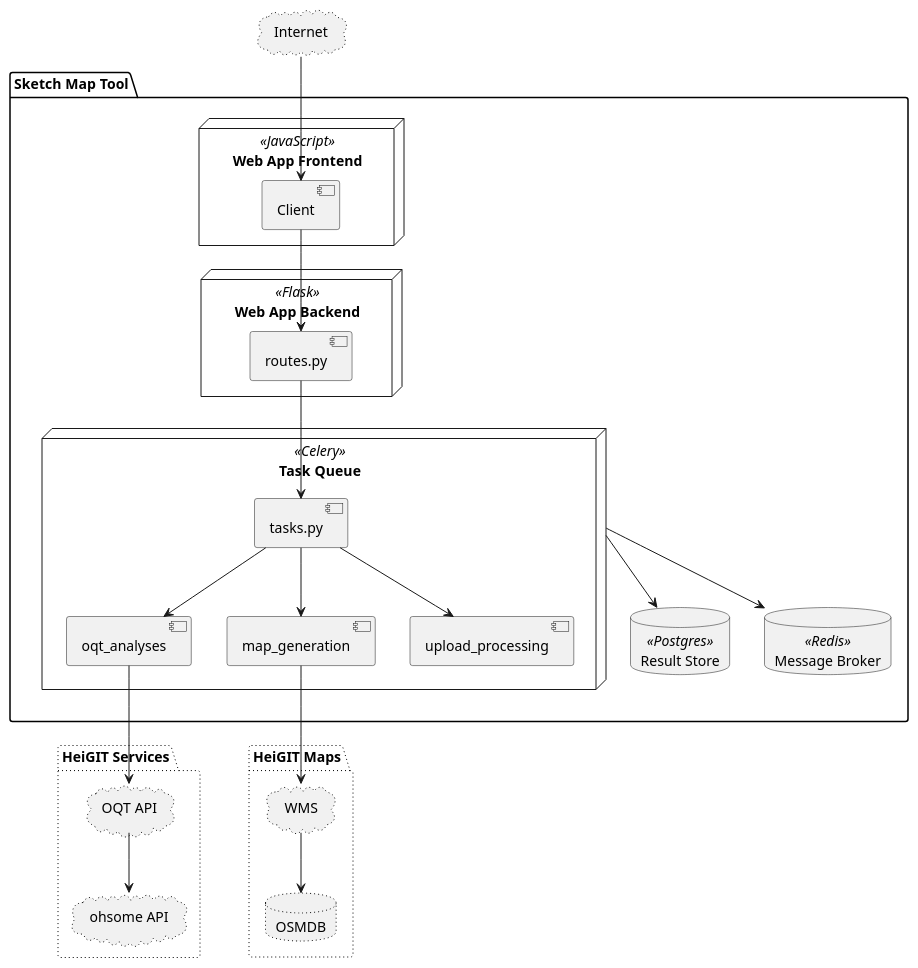
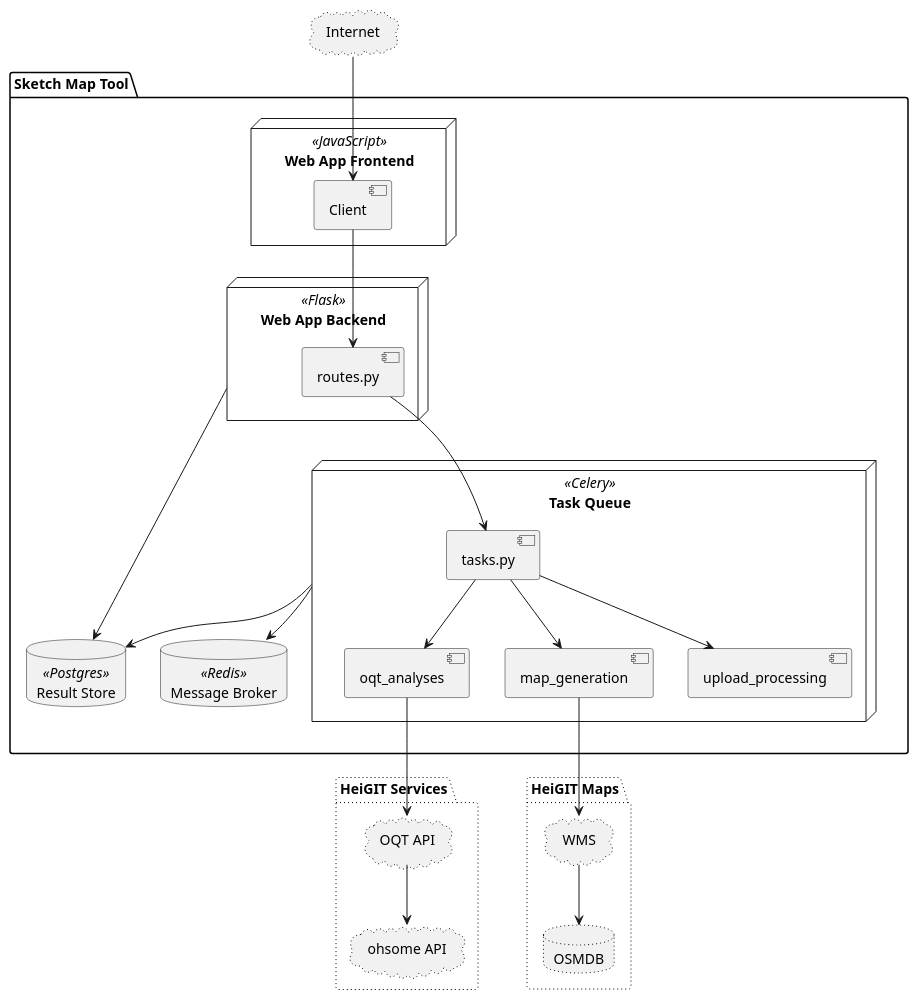
The diagram in docs/component-diagram.puml (GIScience/sketch-map-tool), drawn with PlantUML before and after one commit. The commit also changed 1 other file, not shown here.

Commit message:
docs(component diagram): add connection
between flask and db to

```diff
--- a/docs/component-diagram.puml
+++ b/docs/component-diagram.puml
@@ -1,51 +1,52 @@
 @startuml
 package "Sketch Map Tool" {
   node webclient as "Web App Frontend" <<JavaScript>> {
       component client as "Client"
     }
 
     node flask as "Web App Backend" <<Flask>> {
         component routes.py
     }
 
     node celery as "Task Queue" <<Celery>>{
         component tasks.py
         component oqt_analyses
         component map_generation
         component upload_processing
         tasks.py --> oqt_analyses
         tasks.py --> map_generation
         tasks.py --> upload_processing
     }
 
     database postgres as "Result Store" <<Postgres>>
     database redis as "Message Broker" <<Redis>>
 
     routes.py --> tasks.py
+    flask -> postgres
+    celery --> redis
     celery --> postgres
-    celery --> redis
     client --> routes.py
 }
 
 cloud internet as "Internet" #line.dotted
 
 package "HeiGIT Maps" #line.dotted {
     cloud wms as "WMS" #line.dotted
     database osmdb as "OSMDB" #line.dotted
 
 }
 
 package "HeiGIT Services" #line.dotted {
     cloud oqt as "OQT API" #line.dotted
     cloud ohsome as "ohsome API" #line.dotted
 }
 
 internet --> client
 
 map_generation --> wms
 wms --> osmdb
 
 oqt_analyses --> oqt
 oqt --> ohsome
 
 @enduml
```
